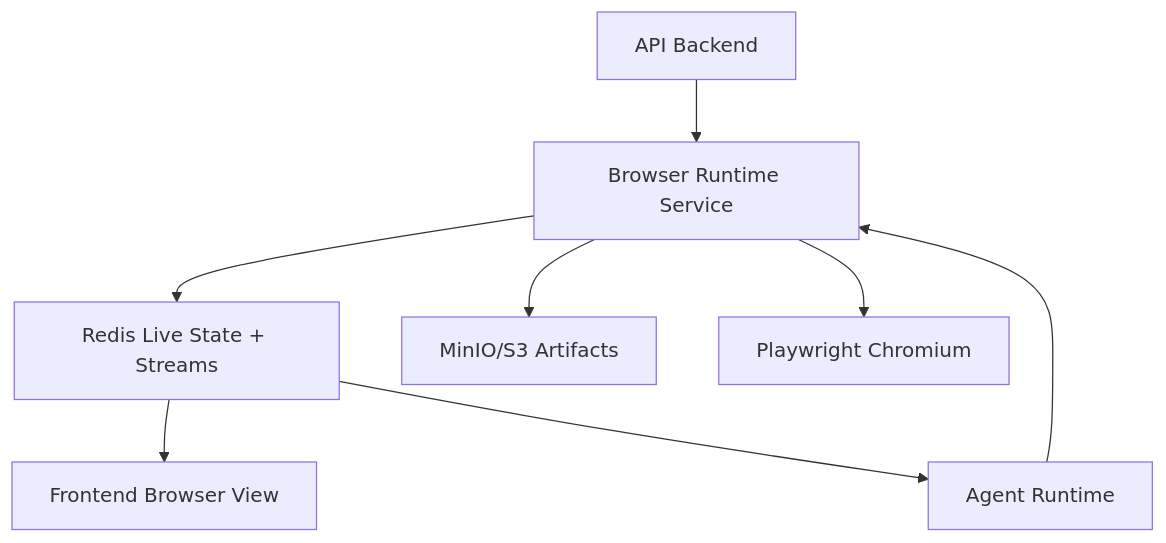
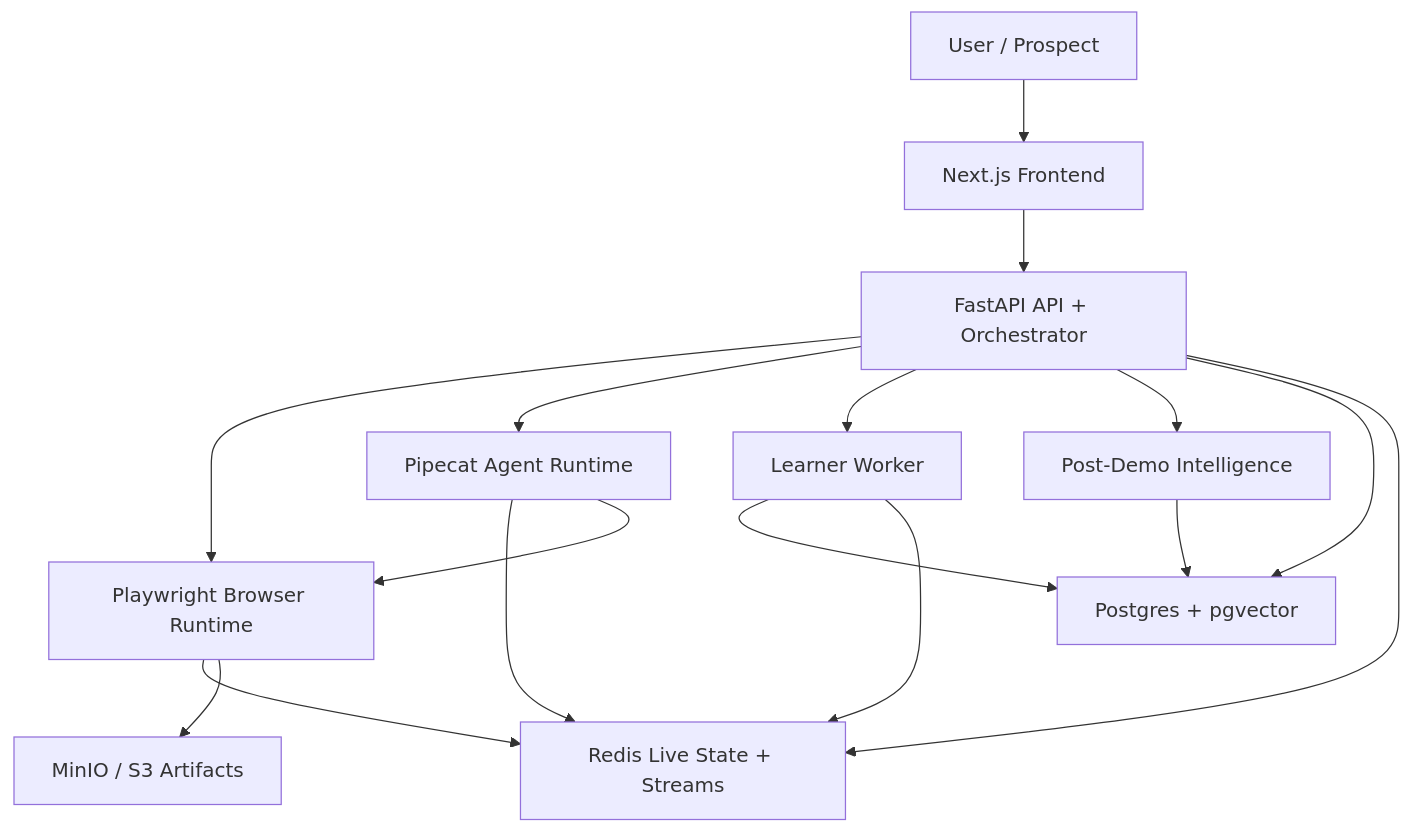
Before and after one commit to roshaninfordham/personalised-demo-ai-agent: the second of 2 diagrams in README.md, drawn with Mermaid. The commit also changed other lines of this file and 61 other files, not shown here.

````diff
--- a/README.md
+++ b/README.md
@@ -1106,18 +58,29 @@
 ```mermaid
 flowchart TB
-    API["API Backend"]
-    Agent["Agent Runtime"]
-    BrowserRuntime["Browser Runtime Service"]
+    User["User / Prospect"]
+    Web["Next.js Frontend"]
+    API["FastAPI API + Orchestrator"]
+    Agent["Pipecat Agent Runtime"]
+    Browser["Playwright Browser Runtime"]
+    Learner["Learner Worker"]
+    PostDemo["Post-Demo Intelligence"]
     Redis["Redis Live State + Streams"]
-    MinIO["MinIO/S3 Artifacts"]
-    Playwright["Playwright Chromium"]
-    Frontend["Frontend Browser View"]
+    Postgres["Postgres + pgvector"]
+    MinIO["MinIO / S3 Artifacts"]
 
-    API --> BrowserRuntime
-    Agent --> BrowserRuntime
-    BrowserRuntime --> Playwright
-    BrowserRuntime --> Redis
-    BrowserRuntime --> MinIO
-    Redis --> Frontend
-    Redis --> Agent
+    User --> Web
+    Web --> API
+    API --> Browser
+    API --> Agent
+    API --> Learner
+    API --> PostDemo
+    Agent --> Redis
+    Agent --> Browser
+    Browser --> Redis
+    Browser --> MinIO
+    Learner --> Postgres
+    Learner --> Redis
+    PostDemo --> Postgres
+    API --> Postgres
+    API --> Redis
 ```
````
